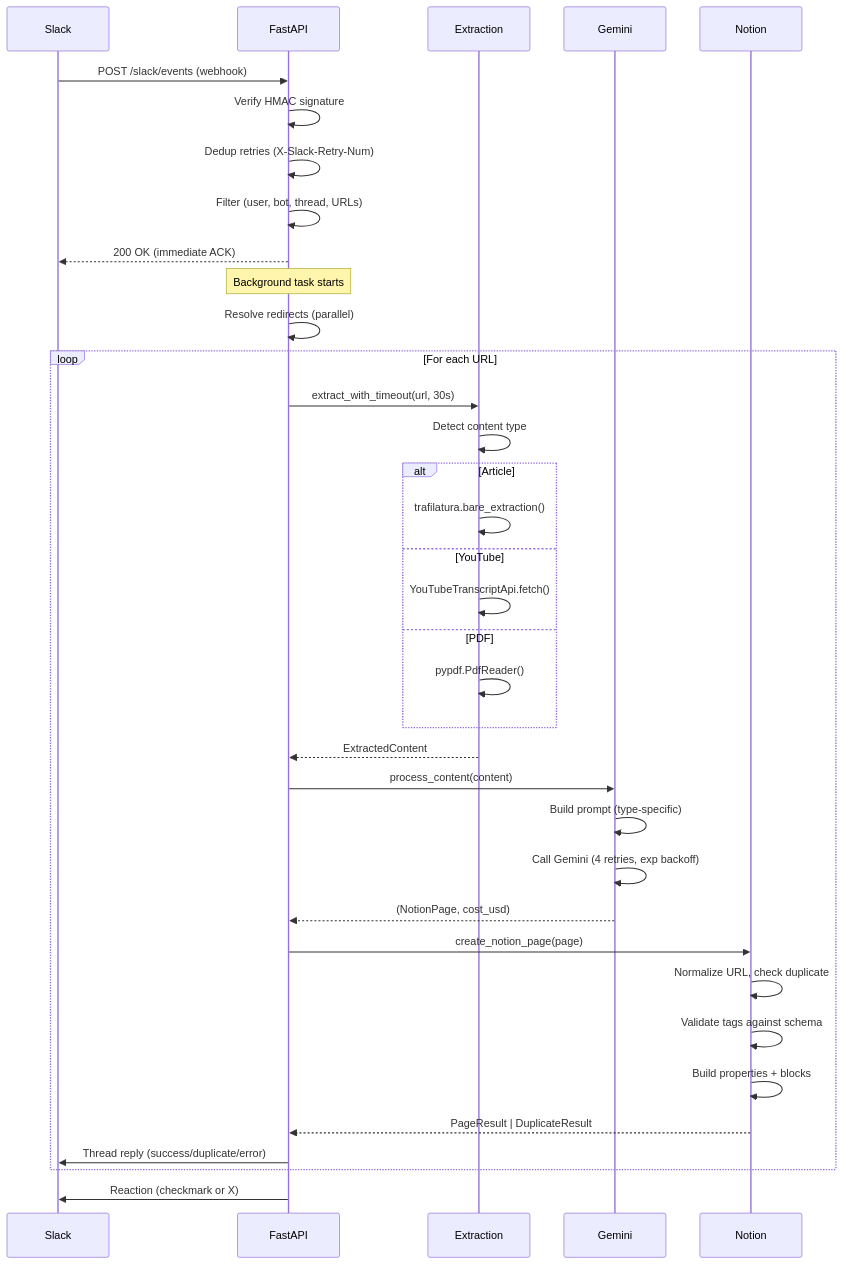
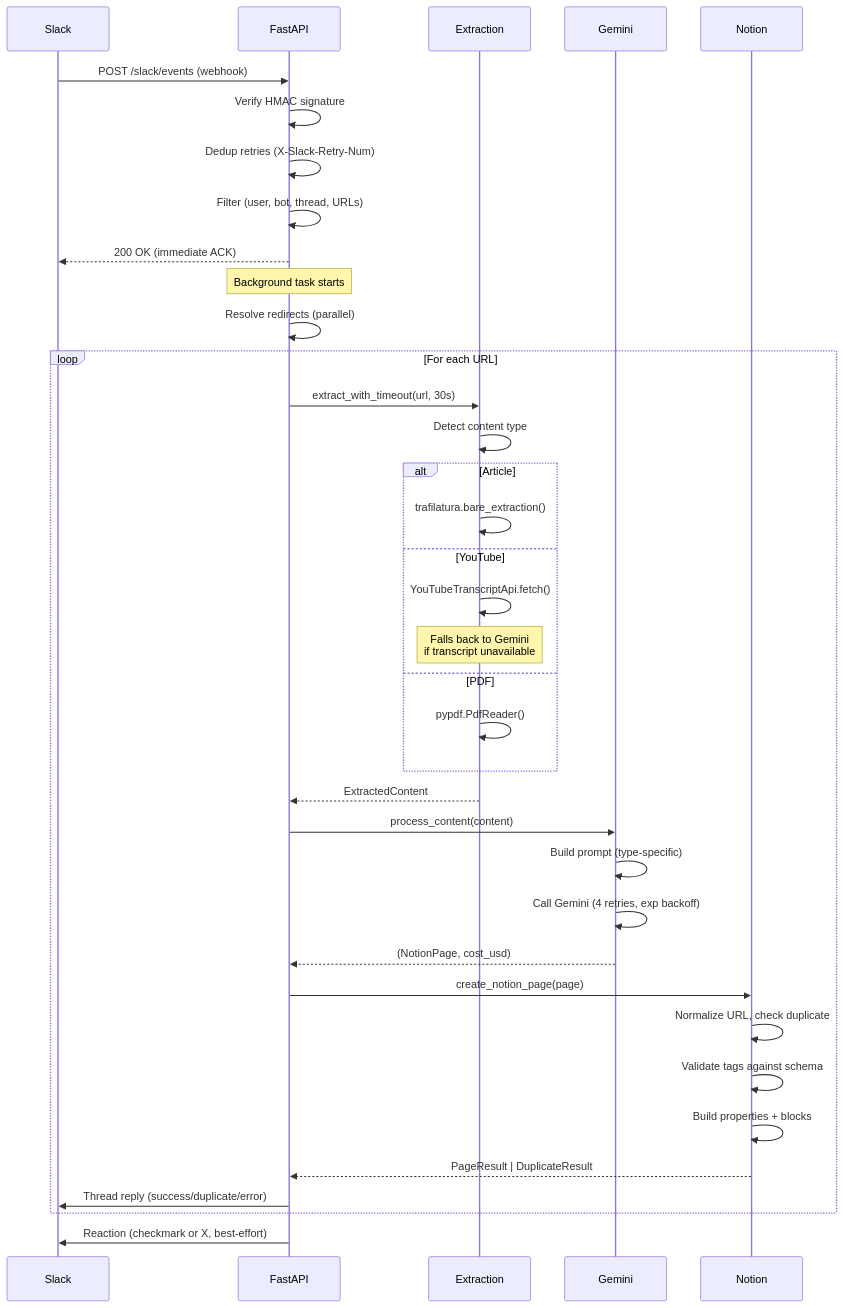
One commit to Ninety2UA/knowledge-hub changed the second of 3 diagrams in README.md. Above: the diagram before and after it, drawn with Mermaid. The commit also changed other lines of this file and 19 other files, not shown here.

````diff
--- a/README.md
+++ b/README.md
@@ -107,46 +107,47 @@
 ```mermaid
 sequenceDiagram
     participant S as Slack
     participant F as FastAPI
     participant E as Extraction
     participant G as Gemini
     participant N as Notion
 
     S->>F: POST /slack/events (webhook)
     F->>F: Verify HMAC signature
     F->>F: Dedup retries (X-Slack-Retry-Num)
     F->>F: Filter (user, bot, thread, URLs)
     F-->>S: 200 OK (immediate ACK)
 
     Note over F: Background task starts
 
     F->>F: Resolve redirects (parallel)
 
     loop For each URL
         F->>E: extract_with_timeout(url, 30s)
         E->>E: Detect content type
         alt Article
             E->>E: trafilatura.bare_extraction()
         else YouTube
             E->>E: YouTubeTranscriptApi.fetch()
+            Note over E: Falls back to Gemini<br/>if transcript unavailable
         else PDF
             E->>E: pypdf.PdfReader()
         end
         E-->>F: ExtractedContent
 
         F->>G: process_content(content)
         G->>G: Build prompt (type-specific)
         G->>G: Call Gemini (4 retries, exp backoff)
         G-->>F: (NotionPage, cost_usd)
 
         F->>N: create_notion_page(page)
         N->>N: Normalize URL, check duplicate
         N->>N: Validate tags against schema
         N->>N: Build properties + blocks
         N-->>F: PageResult | DuplicateResult
 
         F->>S: Thread reply (success/duplicate/error)
     end
 
-    F->>S: Reaction (checkmark or X)
+    F->>S: Reaction (checkmark or X, best-effort)
 ```
````
